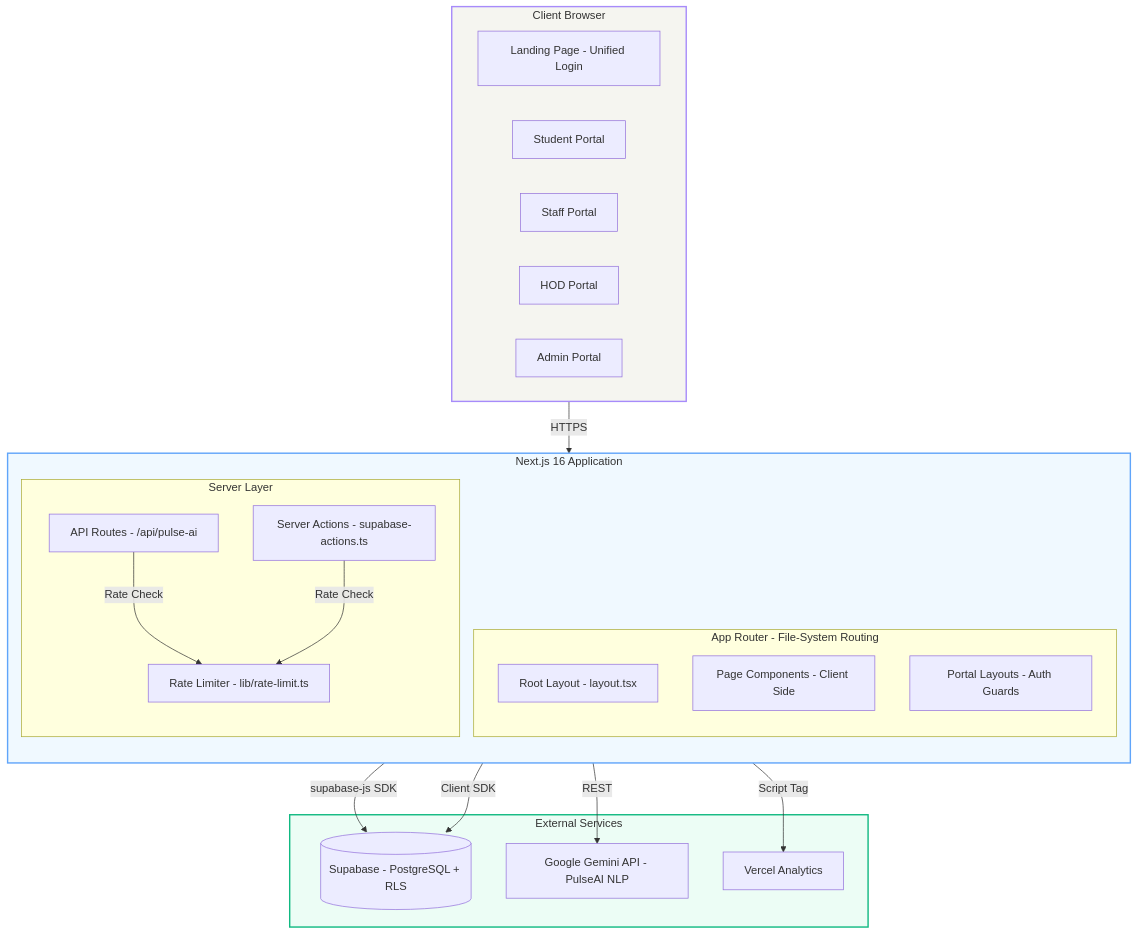
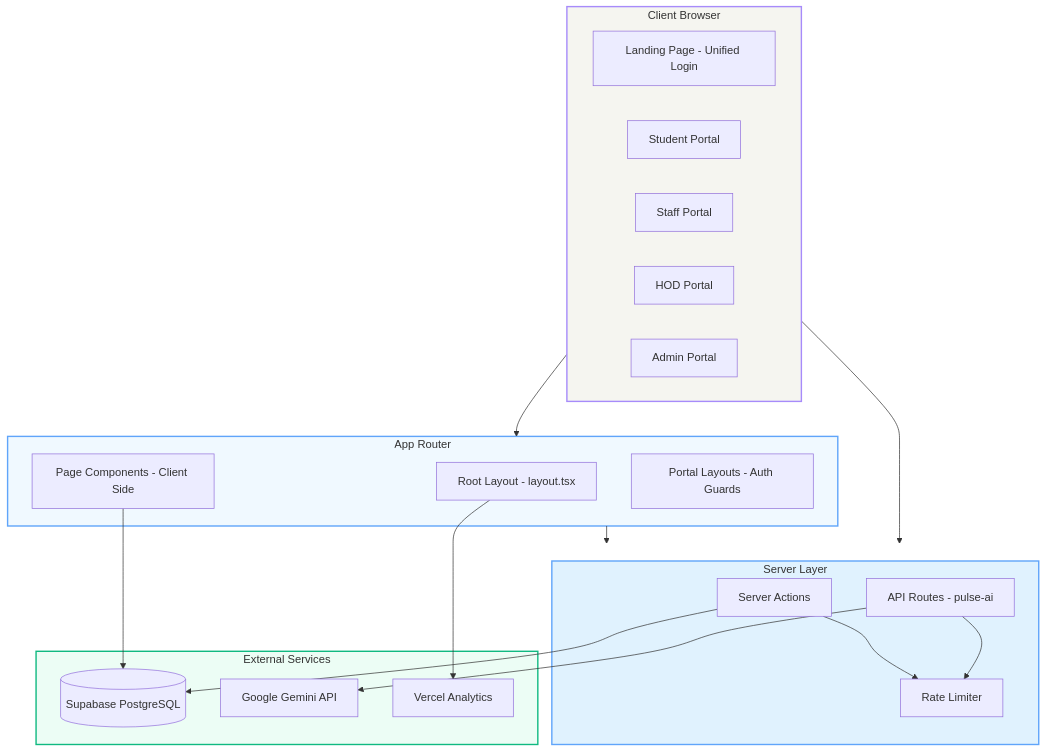
One commit to SOHAMBAGAD2811/CamPulse changed the first of 12 diagrams in arch.md. Above: the diagram before and after it, drawn with Mermaid.

Commit message:
fix for the fix for the arch.md file

````diff
--- a/arch.md
+++ b/arch.md
@@ -10,42 +10,43 @@
 ```mermaid
 graph TB
     subgraph Client["Client Browser"]
         LP["Landing Page - Unified Login"]
         SP["Student Portal"]
         STP["Staff Portal"]
         HP["HOD Portal"]
         AP["Admin Portal"]
     end
 
-    subgraph NextJS["Next.js 16 Application"]
-        direction TB
-        subgraph AppRouter["App Router - File-System Routing"]
-            RC["Root Layout - layout.tsx"]
-            Pages["Page Components - Client Side"]
-            Layouts["Portal Layouts - Auth Guards"]
-        end
-        subgraph ServerLayer["Server Layer"]
-            SA["Server Actions - supabase-actions.ts"]
-            API["API Routes - /api/pulse-ai"]
-            RL["Rate Limiter - lib/rate-limit.ts"]
-        end
+    subgraph AppRouter["App Router"]
+        RC["Root Layout - layout.tsx"]
+        Pages["Page Components - Client Side"]
+        Layouts["Portal Layouts - Auth Guards"]
+    end
+
+    subgraph ServerLayer["Server Layer"]
+        SA["Server Actions"]
+        API["API Routes - pulse-ai"]
+        RL["Rate Limiter"]
     end
 
     subgraph External["External Services"]
-        SB[("Supabase - PostgreSQL + RLS")]
-        GM["Google Gemini API - PulseAI NLP"]
+        SB[("Supabase PostgreSQL")]
+        GM["Google Gemini API"]
         VA["Vercel Analytics"]
     end
 
-    Client -->|HTTPS| NextJS
-    SA -->|supabase-js SDK| SB
-    Pages -->|Client SDK| SB
-    API -->|REST| GM
-    API -->|Rate Check| RL
-    SA -->|Rate Check| RL
-    RC -->|Script Tag| VA
+    Client --> AppRouter
+    Client --> ServerLayer
+    AppRouter --> ServerLayer
+    SA --> SB
+    Pages --> SB
+    API --> GM
+    API --> RL
+    SA --> RL
+    RC --> VA
 
     style Client fill:#f5f5f0,stroke:#A78BFA,stroke-width:2px
-    style NextJS fill:#f0f9ff,stroke:#60A5FA,stroke-width:2px
+    style AppRouter fill:#f0f9ff,stroke:#60A5FA,stroke-width:2px
+    style ServerLayer fill:#e0f2fe,stroke:#60A5FA,stroke-width:2px
     style External fill:#ecfdf5,stroke:#10B981,stroke-width:2px
 ```
````
